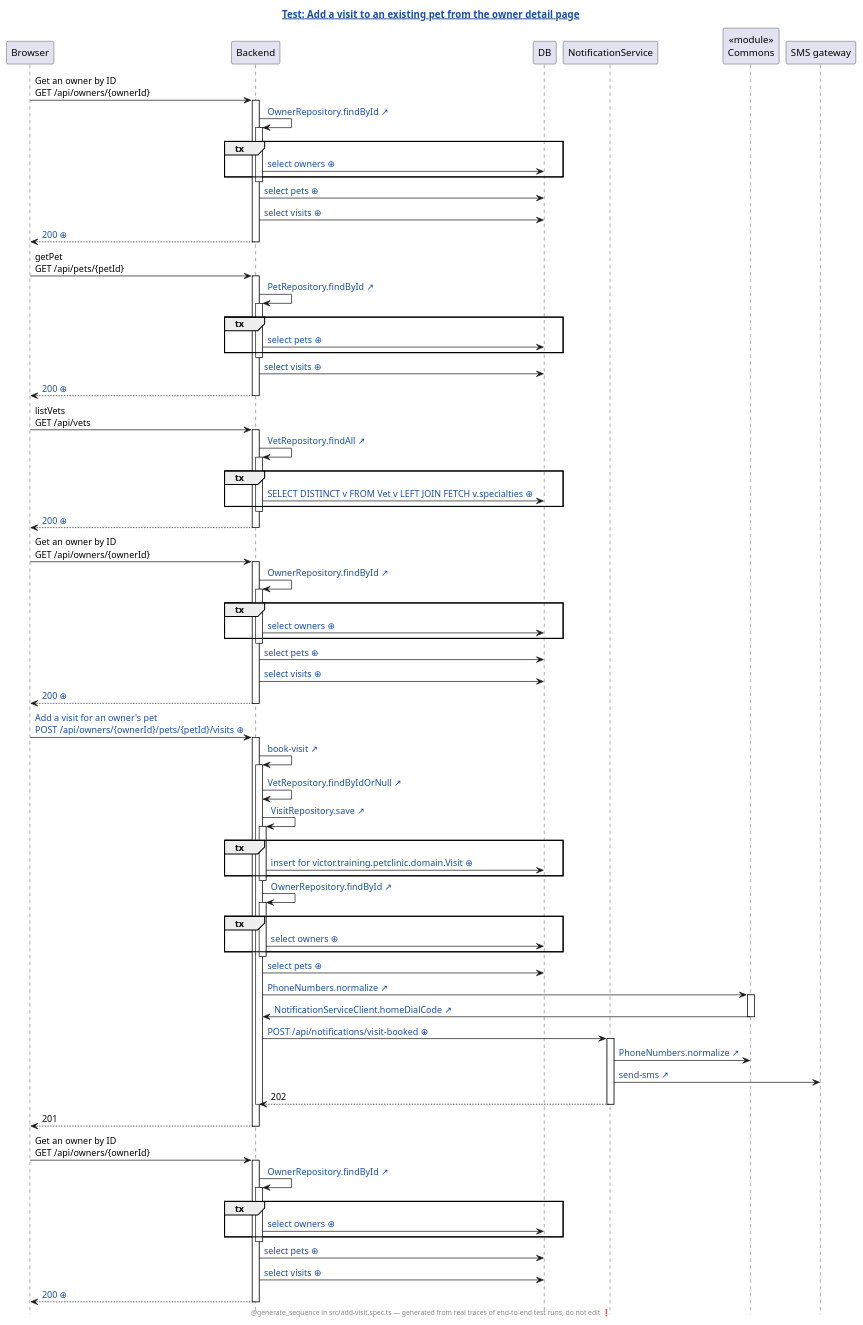
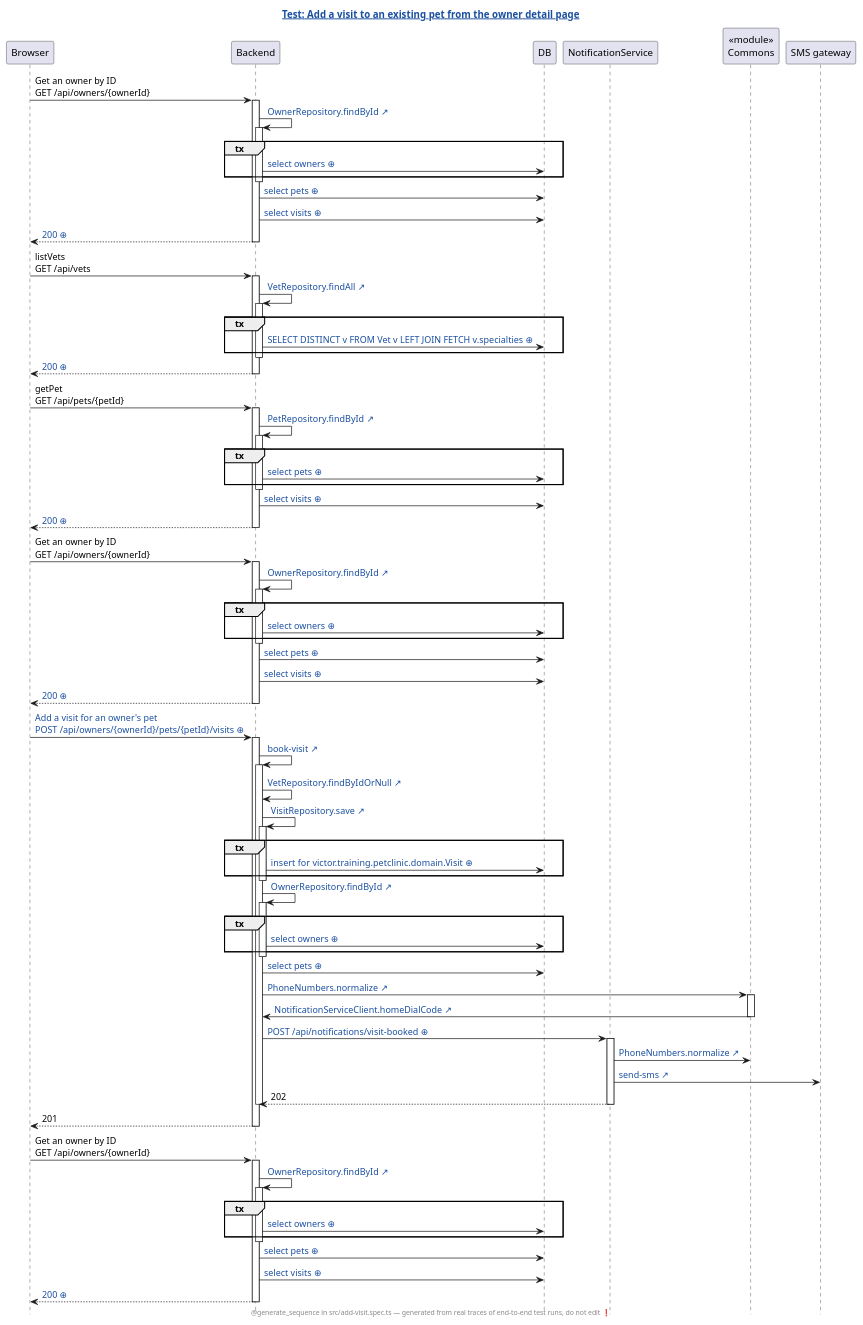
The diagram in demo/demo/assets/genseq/petclinic-test/generated/add-visit.spec.ts.add-a-visit-to-an-existing-pet-from-the-owner-detail-page.genseq.puml (AgustinOliver98/human-review), drawn with PlantUML before and after one commit. The commit also changed 114 other files, not shown here.

```diff
--- a/demo/demo/assets/genseq/petclinic-test/generated/add-visit.spec.ts.add-a-visit-to-an-existing-pet-from-the-owner-detail-page.genseq.puml
+++ b/demo/demo/assets/genseq/petclinic-test/generated/add-visit.spec.ts.add-a-visit-to-an-existing-pet-from-the-owner-detail-page.genseq.puml
@@ -1,102 +1,102 @@
 @startuml
 ' ⚠️  GENERATED FILE — DO NOT EDIT. Every edit is lost on the next run.
 hide footbox
 skinparam hyperlinkUnderline false
 skinparam hyperlinkColor #1A4FA0
 title [[src://petclinic-test/src/add-visit.spec.ts:34{Click to open the test} Test: Add a visit to an existing pet from the owner detail page]]
 footer @generate_sequence in src/add-visit.spec.ts — generated from real traces of end-to-end test runs, do not edit ❗
 participant Browser
 participant Backend
 participant DB
 participant NotificationService
 participant "«module»\nCommons" as Commons
 participant "SMS gateway"
 Browser -> Backend: Get an owner by ID\nGET /api/owners/{ownerId}
 activate Backend
 Backend -> Backend: [[src://petclinic-backend/src/main/java/victor/training/petclinic/repository/OwnerRepository.java:14{Click to open OwnerRepository.findById} OwnerRepository.findById ↗]]
 activate Backend
 group tx
 Backend -> DB: [[genseq://0x8aana{Click for the statement behind this call} select owners ⊕]]
 end
 deactivate Backend
 Backend -> DB: [[genseq://18567ho{Click for the statement behind this call} select pets ⊕]]
 Backend -> DB: [[genseq://1eq1h2q{Click for the statement behind this call} select visits ⊕]]
 Backend --> Browser: [[genseq://1bhasc1{Click for this call’s JSON body} 200 ⊕]]
 deactivate Backend
+Browser -> Backend: listVets\nGET /api/vets
+activate Backend
+Backend -> Backend: [[src://petclinic-backend/src/main/java/victor/training/petclinic/repository/VetRepository.java:13{Click to open VetRepository.findAll} VetRepository.findAll ↗]]
+activate Backend
+group tx
+Backend -> DB: [[genseq://0p6yxbc{Click for the statement behind this call} SELECT DISTINCT v FROM Vet v LEFT JOIN FETCH v.specialties ⊕]]
+end
+deactivate Backend
+Backend --> Browser: [[genseq://1nmg2oo{Click for this call’s JSON body} 200 ⊕]]
+deactivate Backend
 Browser -> Backend: getPet\nGET /api/pets/{petId}
 activate Backend
 Backend -> Backend: [[src://petclinic-backend/src/main/java/victor/training/petclinic/repository/PetRepository.java:16{Click to open PetRepository.findById} PetRepository.findById ↗]]
 activate Backend
 group tx
 Backend -> DB: [[genseq://0y7w2ps{Click for the statement behind this call} select pets ⊕]]
 end
 deactivate Backend
 Backend -> DB: [[genseq://1eq1h2q{Click for the statement behind this call} select visits ⊕]]
 Backend --> Browser: [[genseq://0n1gsl8{Click for this call’s JSON body} 200 ⊕]]
-deactivate Backend
-Browser -> Backend: listVets\nGET /api/vets
-activate Backend
-Backend -> Backend: [[src://petclinic-backend/src/main/java/victor/training/petclinic/repository/VetRepository.java:13{Click to open VetRepository.findAll} VetRepository.findAll ↗]]
-activate Backend
-group tx
-Backend -> DB: [[genseq://0p6yxbc{Click for the statement behind this call} SELECT DISTINCT v FROM Vet v LEFT JOIN FETCH v.specialties ⊕]]
-end
-deactivate Backend
-Backend --> Browser: [[genseq://1nmg2oo{Click for this call’s JSON body} 200 ⊕]]
 deactivate Backend
 Browser -> Backend: Get an owner by ID\nGET /api/owners/{ownerId}
 activate Backend
 Backend -> Backend: [[src://petclinic-backend/src/main/java/victor/training/petclinic/repository/OwnerRepository.java:14{Click to open OwnerRepository.findById} OwnerRepository.findById ↗]]
 activate Backend
 group tx
 Backend -> DB: [[genseq://0x8aana{Click for the statement behind this call} select owners ⊕]]
 end
 deactivate Backend
 Backend -> DB: [[genseq://18567ho{Click for the statement behind this call} select pets ⊕]]
 Backend -> DB: [[genseq://1eq1h2q{Click for the statement behind this call} select visits ⊕]]
 Backend --> Browser: [[genseq://1bhasc1{Click for this call’s JSON body} 200 ⊕]]
 deactivate Backend
-Browser -> Backend: [[genseq://109mfig{Click for this call’s JSON body} Add a visit for an owner's pet\nPOST /api/owners/{ownerId}/pets/{petId}/visits ⊕]]
+Browser -> Backend: [[genseq://03ccor4{Click for this call’s JSON body} Add a visit for an owner's pet\nPOST /api/owners/{ownerId}/pets/{petId}/visits ⊕]]
 activate Backend
 Backend -> Backend: [[src://petclinic-backend/src/main/java/victor/training/petclinic/rest/OwnerRestController.java:193{Click to open OwnerRestController.bookVisit} book-visit ↗]]
 activate Backend
 Backend -> Backend: [[src://petclinic-backend/src/main/java/victor/training/petclinic/repository/VetRepository.java:19{Click to open VetRepository.findByIdOrNull} VetRepository.findByIdOrNull ↗]]
 Backend -> Backend: [[src://petclinic-backend/src/main/java/victor/training/petclinic/repository/VisitRepository.java:14{Click to open VisitRepository.save} VisitRepository.save ↗]]
 activate Backend
 group tx
-Backend -> DB: [[genseq://1ed6113{Click for the statement behind this call} insert for victor.training.petclinic.domain.Visit ⊕]]
+Backend -> DB: [[genseq://1vk69av{Click for the statement behind this call} insert for victor.training.petclinic.domain.Visit ⊕]]
 end
 deactivate Backend
 Backend -> Backend: [[src://petclinic-backend/src/main/java/victor/training/petclinic/repository/OwnerRepository.java:14{Click to open OwnerRepository.findById} OwnerRepository.findById ↗]]
 activate Backend
 group tx
 Backend -> DB: [[genseq://0x8aana{Click for the statement behind this call} select owners ⊕]]
 end
 deactivate Backend
 Backend -> DB: [[genseq://18567ho{Click for the statement behind this call} select pets ⊕]]
 Backend -> Commons: [[src://petclinic-commons/src/main/java/victor/training/commons/PhoneNumbers.java:14{Click to open PhoneNumbers.normalize} PhoneNumbers.normalize ↗]]
 activate Commons
 Commons -> Backend: [[src://petclinic-backend/src/main/java/victor/training/petclinic/notification/NotificationServiceClient.java:45{Click to open NotificationServiceClient.homeDialCode} NotificationServiceClient.homeDialCode ↗]]
 deactivate Commons
 Backend -> NotificationService: [[genseq://1p4ogm5{Click for this call’s JSON body} POST /api/notifications/visit-booked ⊕]]
 activate NotificationService
 NotificationService -> Commons: [[src://petclinic-commons/src/main/java/victor/training/commons/PhoneNumbers.java:8{Click to open PhoneNumbers.normalize} PhoneNumbers.normalize ↗]]
 NotificationService -> "SMS gateway": [[src://notification-service/src/main/java/victor/training/notification/SmsGateway.java:23{Click to open SmsGateway.send} send-sms ↗]]
 NotificationService --> Backend: 202
 deactivate NotificationService
 deactivate Backend
 Backend --> Browser: 201
 deactivate Backend
 Browser -> Backend: Get an owner by ID\nGET /api/owners/{ownerId}
 activate Backend
 Backend -> Backend: [[src://petclinic-backend/src/main/java/victor/training/petclinic/repository/OwnerRepository.java:14{Click to open OwnerRepository.findById} OwnerRepository.findById ↗]]
 activate Backend
 group tx
 Backend -> DB: [[genseq://0x8aana{Click for the statement behind this call} select owners ⊕]]
 end
 deactivate Backend
 Backend -> DB: [[genseq://18567ho{Click for the statement behind this call} select pets ⊕]]
 Backend -> DB: [[genseq://1eq1h2q{Click for the statement behind this call} select visits ⊕]]
-Backend --> Browser: [[genseq://14gvgwi{Click for this call’s JSON body} 200 ⊕]]
+Backend --> Browser: [[genseq://14tfktm{Click for this call’s JSON body} 200 ⊕]]
 deactivate Backend
 @enduml
```
